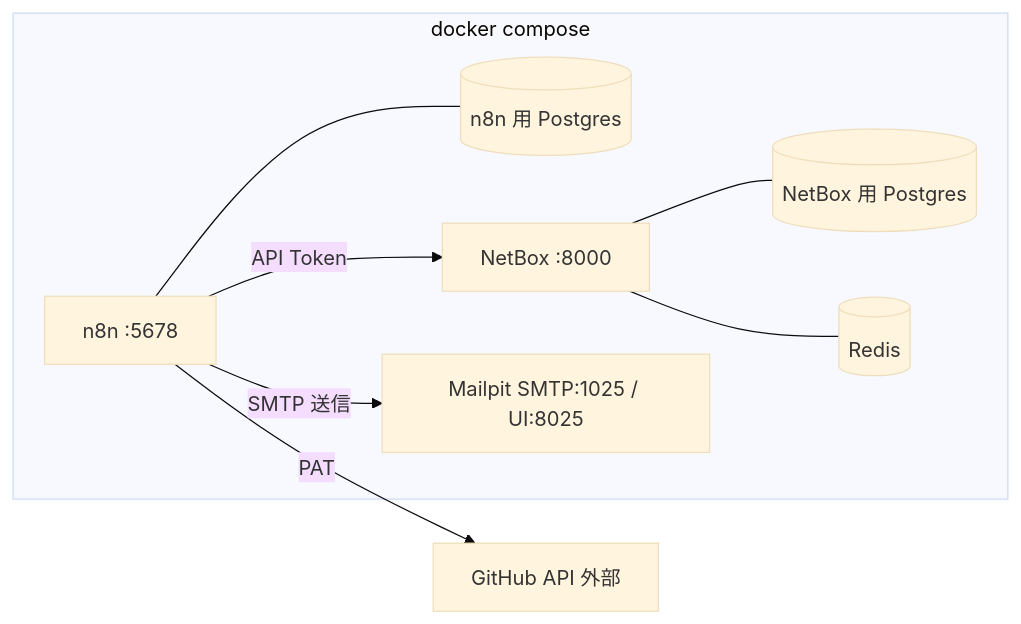
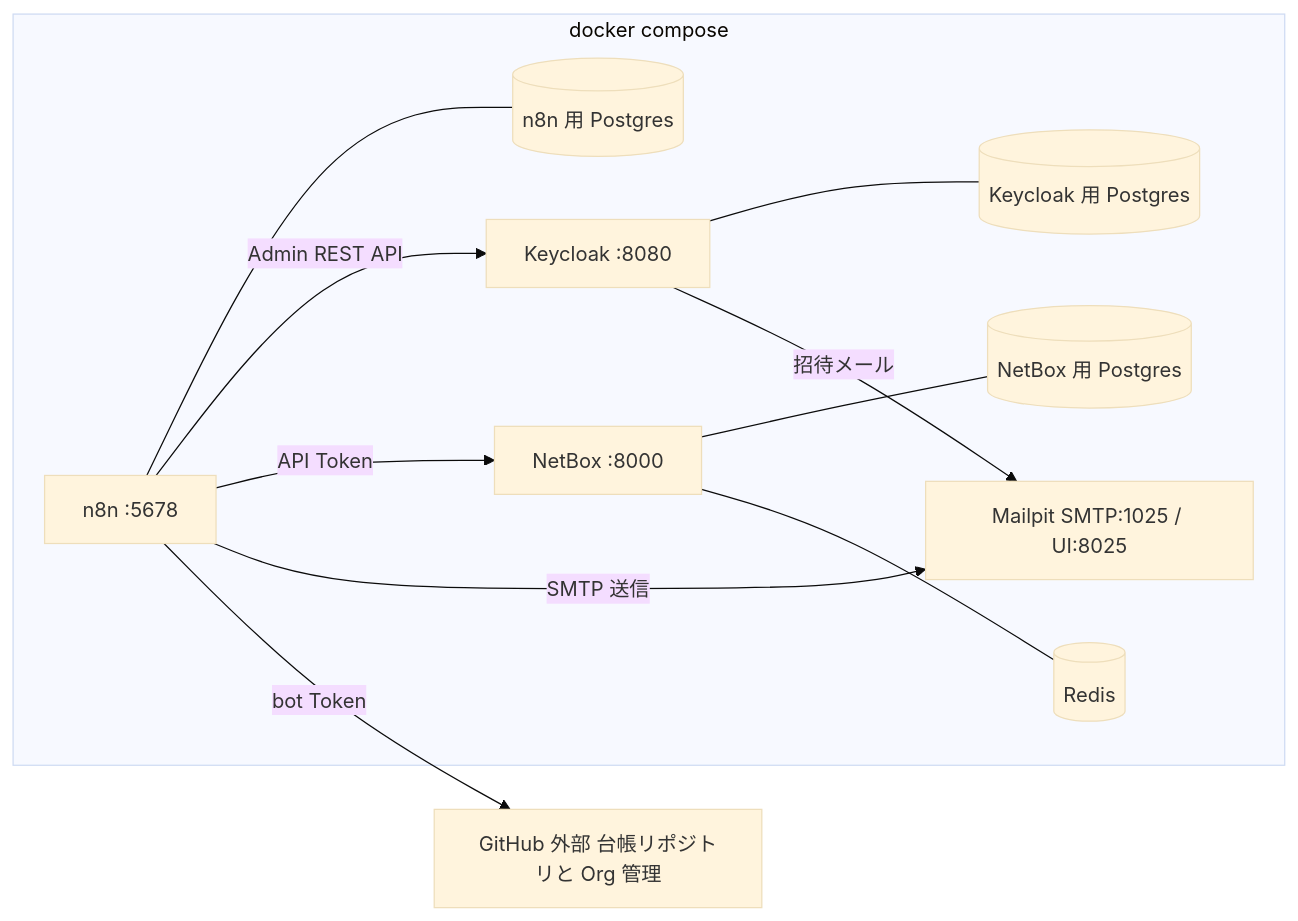
Before and after one commit to Koala-Heavy-Industries/n8n-test: the diagram in docs/design/05-environment.md, drawn with Mermaid (base theme). The commit also changed other lines of this file and 6 other files, not shown here.

````diff
--- a/docs/design/05-environment.md
+++ b/docs/design/05-environment.md
@@ -8,17 +8,22 @@
 ```mermaid
 flowchart LR
     subgraph compose[docker compose]
         N8N[n8n :5678]
         NPG[(n8n 用 Postgres)]
+        KC[Keycloak :8080]
+        KCPG[(Keycloak 用 Postgres)]
         NB[NetBox :8000]
         NBPG[(NetBox 用 Postgres)]
         NBRD[(Redis)]
         MP[Mailpit SMTP:1025 / UI:8025]
     end
     N8N --- NPG
+    KC --- KCPG
     NB --- NBPG
     NB --- NBRD
+    N8N -->|Admin REST API| KC
     N8N -->|API Token| NB
     N8N -->|SMTP 送信| MP
-    N8N -->|PAT| GH[GitHub API 外部]
+    KC -->|招待メール| MP
+    N8N -->|bot Token| GH[GitHub 外部 台帳リポジトリと Org 管理]
 ```
````
